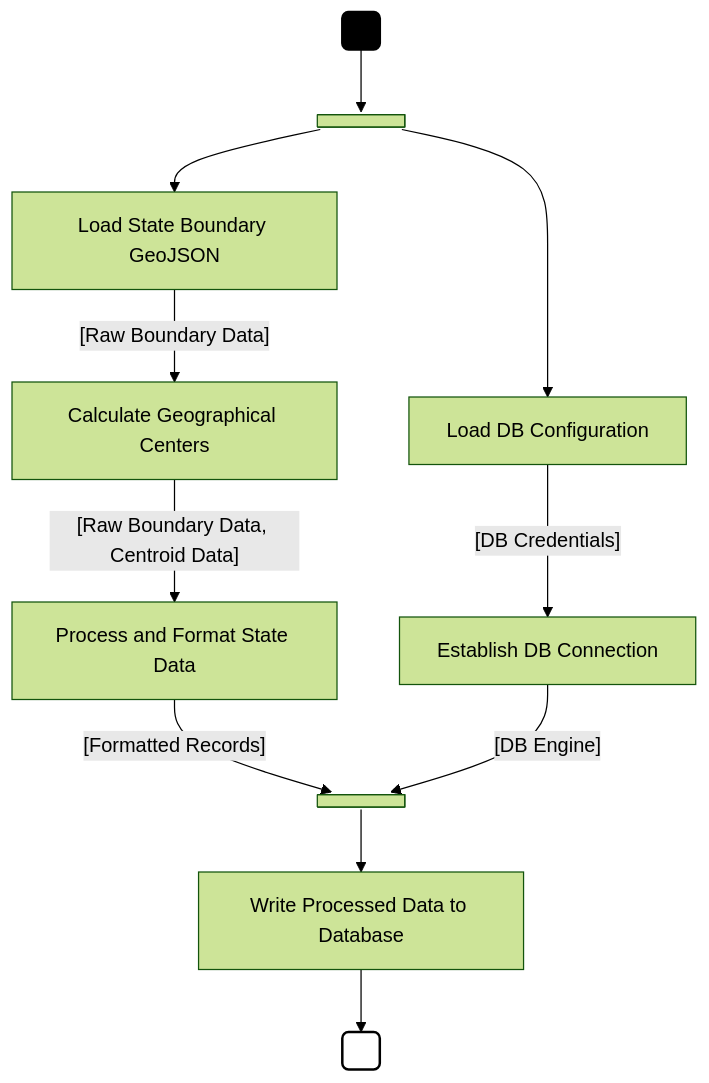
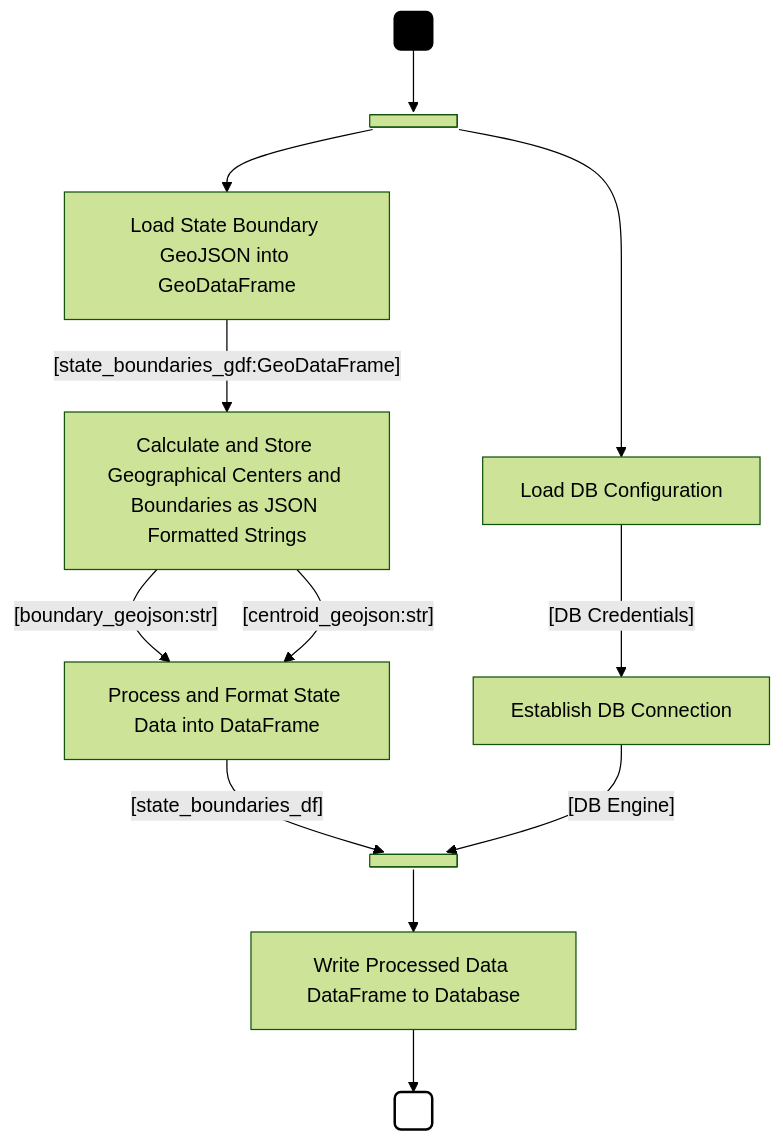
Before and after one commit to cse416-the-knicks/voter-analysis-viewer: the diagram in data_common/scripts/docs/activity-diagrams/prepro1.mermaid, drawn with Mermaid (forest theme). The commit also changed 1 other file, not shown here.

```diff
--- a/data_common/scripts/docs/activity-diagrams/prepro1.mermaid
+++ b/data_common/scripts/docs/activity-diagrams/prepro1.mermaid
@@ -1,27 +1,28 @@
 graph TD
     Start( )
     style Start stroke:#000,stroke-width:2px,fill:#000,color:#fff;
     End( )
     style End fill:#fff,stroke:#000,stroke-width:2px;
     fork1@{shape: fork}
     join1@{shape: join}
 
     %% Activity Flow
     Start --> fork1
 
     %% Branch 1: Database Preparation
     fork1 --> A[Load DB Configuration]
     A -- "[DB Credentials]" --> E[Establish DB Connection]
     
     %% Branch 2: Geospatial Data Processing
-    fork1 --> B[Load State Boundary GeoJSON]
-    B -- "[Raw Boundary Data]" --> C[Calculate Geographical Centers]
-    C -- "[Raw Boundary Data, Centroid Data]" --> D[Process and Format State Data]
+    fork1 --> B[Load State Boundary GeoJSON into GeoDataFrame]
+    B -- "[state_boundaries_gdf:GeoDataFrame]" --> C[Calculate and Store Geographical Centers and Boundaries as JSON Formatted Strings]
+    C -- "[boundary_geojson:str]" --> D[Process and Format State Data into DataFrame]
+    C -- "[centroid_geojson:str]" --> D[Process and Format State Data into DataFrame]
 
     %% Join branches
-    D -- "[Formatted Records]" --> join1
+    D -- "[state_boundaries_df]" --> join1
     E -- "[DB Engine]" --> join1
 
     %% Final step
-    join1 --> F[Write Processed Data to Database]
+    join1 --> F[Write Processed Data DataFrame to Database]
     F --> End
```
